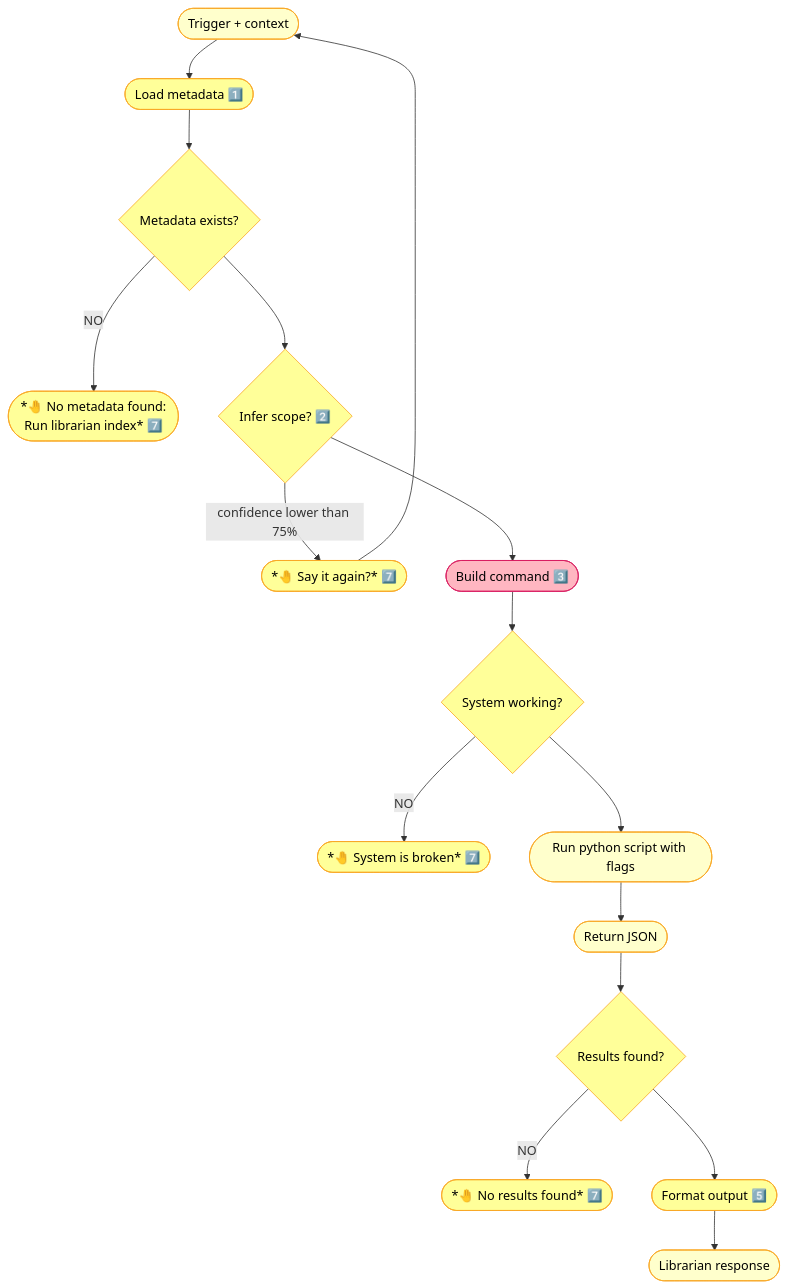
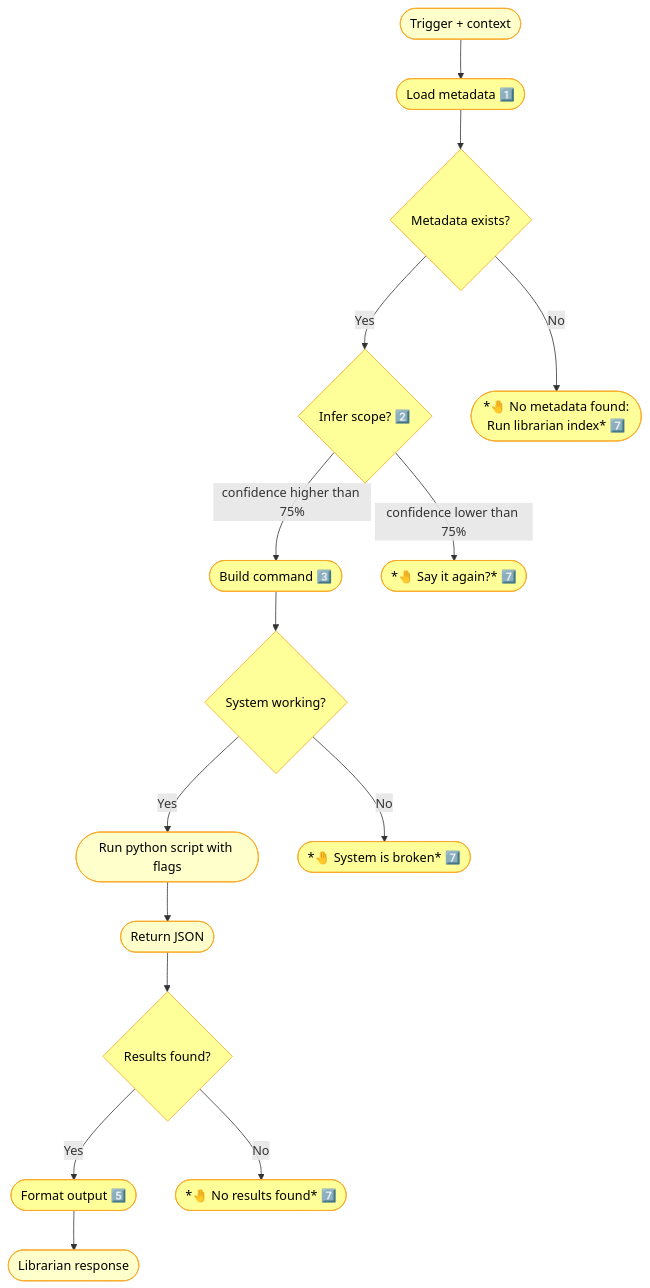
One commit to nonlinear/librarian changed the diagram in backstage/epic-notes/v0.15.0-skill-protocol.md. Above: the diagram before and after it, drawn with Mermaid.

Commit message:
arch: Fix arrows - Yes below, No/edge right, BUILD yellow, remove CLARIFY loop

````diff
--- a/backstage/epic-notes/v0.15.0-skill-protocol.md
+++ b/backstage/epic-notes/v0.15.0-skill-protocol.md
@@ -3,43 +3,41 @@
 ```mermaid
 flowchart TB
     TRIGGER(["Trigger + context"])
     TRIGGER --> METADATA(["Load metadata 1️⃣"])
     METADATA --> CHECK{"Metadata exists?"}
     
-    CHECK -->|NO| ERROR(["*🤚 No metadata found:<br>Run librarian index* 7️⃣"])
-    CHECK --> INFER{"Infer scope? 2️⃣"}
+    CHECK -->|"Yes"| INFER{"Infer scope? 2️⃣"}
+    CHECK -->|"No"| ERROR(["*🤚 No metadata found:<br>Run librarian index* 7️⃣"])
     
+    INFER -->|"confidence higher than 75%"| BUILD(["Build command 3️⃣"])
     INFER -->|"confidence lower than 75%"| CLARIFY(["*🤚 Say it again?* 7️⃣"])
-    INFER --> BUILD(["Build command 3️⃣"])
-    
-    CLARIFY --> TRIGGER
     
     BUILD --> CHECK_SYSTEM{"System working?"}
     
-    CHECK_SYSTEM -->|NO| BROKEN(["*🤚 System is broken* 7️⃣"])
-    CHECK_SYSTEM --> EXEC(["Run python script with flags"])
+    CHECK_SYSTEM -->|"Yes"| EXEC(["Run python script with flags"])
+    CHECK_SYSTEM -->|"No"| BROKEN(["*🤚 System is broken* 7️⃣"])
     
     EXEC --> JSON(["Return JSON"])
     JSON --> CHECK_RESULTS{"Results found?"}
     
-    CHECK_RESULTS -->|NO| EMPTY(["*🤚 No results found* 7️⃣"])
-    CHECK_RESULTS --> FORMAT(["Format output 5️⃣"])
+    CHECK_RESULTS -->|"Yes"| FORMAT(["Format output 5️⃣"])
+    CHECK_RESULTS -->|"No"| EMPTY(["*🤚 No results found* 7️⃣"])
     
     FORMAT --> RESPONSE(["Librarian response"])
     
     style TRIGGER fill:#FFFFCC,stroke:#F9A825,color:#000
     style METADATA fill:#FFFF99,stroke:#F9A825,color:#000
     style INFER fill:#FFFF99,stroke:#F9A825,color:#000
     style CLARIFY fill:#FFFF99,stroke:#F9A825,color:#000
-    style BUILD fill:#FFB6C1,stroke:#D81B60,color:#000
+    style BUILD fill:#FFFF99,stroke:#F9A825,color:#000
     style EXEC fill:#FFFFCC,stroke:#F9A825,color:#000
     style JSON fill:#FFFFCC,stroke:#F9A825,color:#000
     style FORMAT fill:#FFFF99,stroke:#F9A825,color:#000
     style RESPONSE fill:#FFFFCC,stroke:#F9A825,color:#000
     style CHECK fill:#FFFF99,stroke:#F9A825,color:#000
     style ERROR fill:#FFFF99,stroke:#F9A825,color:#000
     style CHECK_SYSTEM fill:#FFFF99,stroke:#F9A825,color:#000
     style BROKEN fill:#FFFF99,stroke:#F9A825,color:#000
     style CHECK_RESULTS fill:#FFFF99,stroke:#F9A825,color:#000
     style EMPTY fill:#FFFF99,stroke:#F9A825,color:#000
 ```
````
